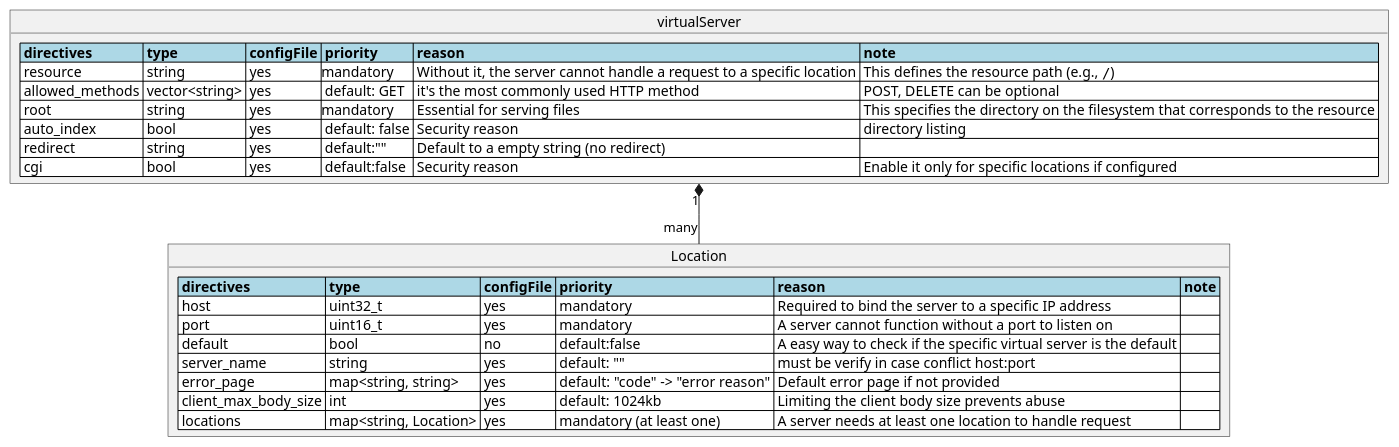
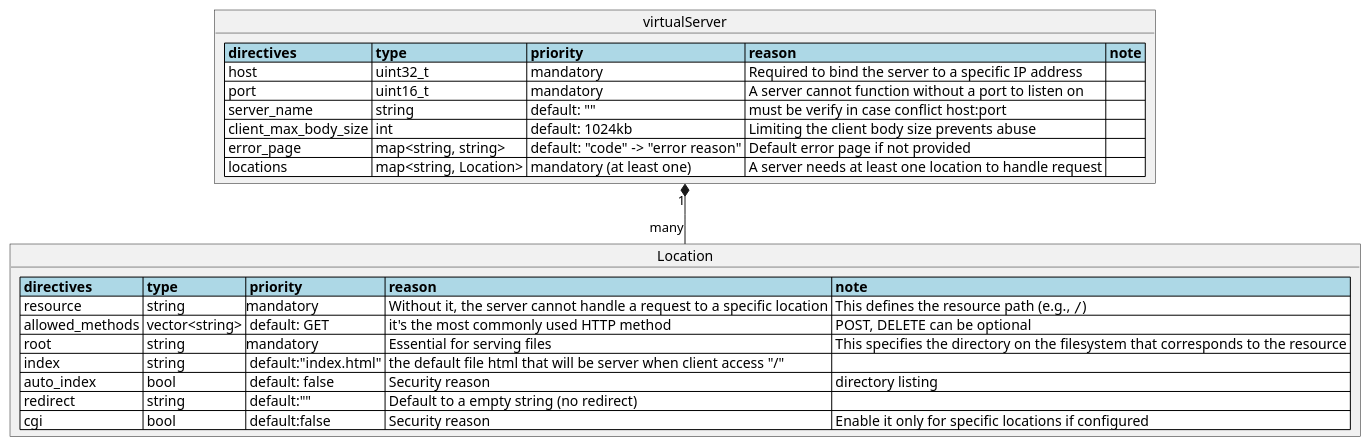
Before and after one commit to thaisnishimoto/42sp_Webserv: the diagram in docs/configFile/directives.puml, drawn with PlantUML. The commit also changed 6 other files, not shown here.

Commit message:
fix: modify the docs configFile uml to represent the real class Config

```diff
--- a/docs/configFile/directives.puml
+++ b/docs/configFile/directives.puml
@@ -1,25 +1,24 @@
 @startuml
 
 object virtualServer {
-    <#lightBlue,#black>|= directives |= type |= configFile |= priority |= reason |= note |
-    <#white>| resource | string | yes |mandatory | Without it, the server cannot handle a request to a specific location | This defines the resource path (e.g., ""/"") |
-    <#white>| allowed_methods | vector<string> | yes | default: GET | it's the most commonly used HTTP method | POST, DELETE can be optional |
-    <#white>| root | string | yes |mandatory | Essential for serving files | This specifies the directory on the filesystem that corresponds to the resource |
-    <#white>| auto_index | bool | yes | default: false | Security reason | directory listing |
-    <#white>| redirect | string | yes | default:"" | Default to a empty string (no redirect) | |
-    <#white>| cgi | bool | yes | default:false | Security reason | Enable it only for specific locations if configured |
+    <#lightBlue,#black>|= directives |= type |= priority |= reason |= note |
+    <#white>| host | uint32_t | mandatory | Required to bind the server to a specific IP address | |
+    <#white>| port | uint16_t | mandatory | A server cannot function without a port to listen on | |
+    <#white>| server_name | string | default: "" | must be verify in case conflict host:port | |
+    <#white>| client_max_body_size | int | default: 1024kb | Limiting the client body size prevents abuse | |
+    <#white>| error_page | map<string, string> | default: "code" -> "error reason" | Default error page if not provided | |
+    <#white>| locations | map<string, Location> | mandatory (at least one) | A server needs at least one location to handle request | |
 }
 
 object Location {
-    <#lightBlue,#black>|= directives |= type |= configFile |= priority |= reason |= note |
-    <#white>| host | uint32_t | yes | mandatory | Required to bind the server to a specific IP address | |
-    <#white>| port | uint16_t | yes | mandatory | A server cannot function without a port to listen on | |
-    <#white>| default | bool | no | default:false | A easy way to check if the specific virtual server is the default |
-    <#white>| server_name | string | yes | default: "" | must be verify in case conflict host:port | |
-    <#white>| error_page | map<string, string> | yes | default: "code" -> "error reason" | Default error page if not provided | |
-    <#white>| client_max_body_size | int | yes | default: 1024kb | Limiting the client body size prevents abuse | |
-    <#white>| locations | map<string, Location> | yes | mandatory (at least one) | A server needs at least one location to handle request | |
+    <#lightBlue,#black>|= directives |= type |= priority |= reason |= note |
+    <#white>| resource | string |mandatory | Without it, the server cannot handle a request to a specific location | This defines the resource path (e.g., ""/"") |
+    <#white>| allowed_methods | vector<string> | default: GET | it's the most commonly used HTTP method | POST, DELETE can be optional |
+    <#white>| root | string |mandatory | Essential for serving files | This specifies the directory on the filesystem that corresponds to the resource |
+    <#white>| index | string | default:"index.html" | the default file html that will be server when client access "/" | |
+    <#white>| auto_index | bool | default: false | Security reason | directory listing |
+    <#white>| redirect | string | default:"" | Default to a empty string (no redirect) | |
+    <#white>| cgi | bool | default:false | Security reason | Enable it only for specific locations if configured |
 }
-
 virtualServer "1" *-- "many" Location
 @enduml
```
